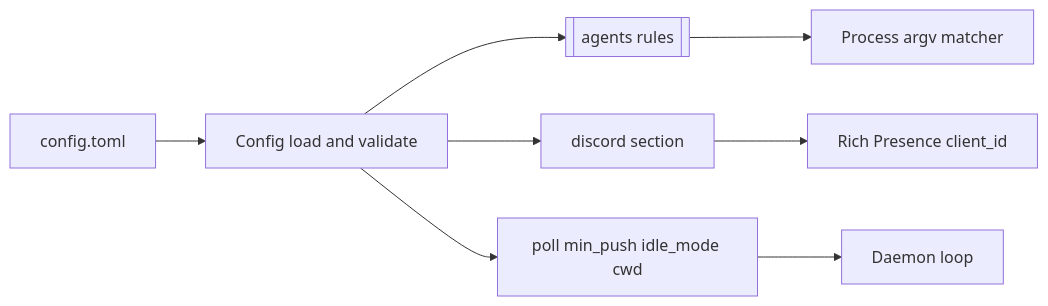
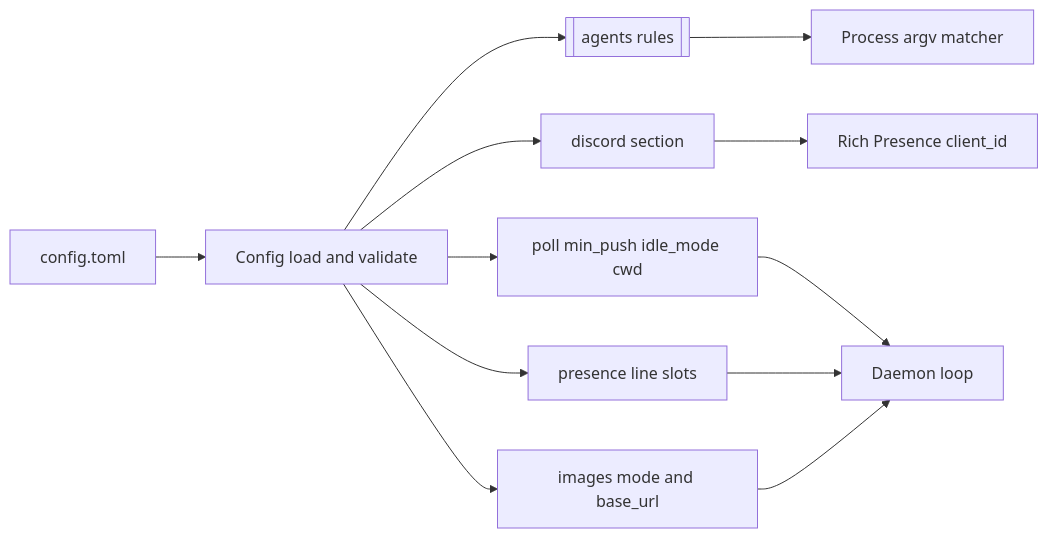
Before and after one commit to rabbive/devsignal: the third of 4 diagrams in README.md, drawn with Mermaid. The commit also changed other lines of this file and 57 other files, not shown here.

First line of the commit message:
feat(presence): configurable line order and art for every agent and host

````diff
--- a/README.md
+++ b/README.md
@@ -226,10 +278,14 @@
 ```mermaid
 flowchart LR
   toml[config.toml] --> load[Config load and validate]
   load --> agents[[agents rules]]
   load --> discordSec[discord section]
   load --> policy[poll min_push idle_mode cwd]
+  load --> lines[presence line slots]
+  load --> imgs[images mode and base_url]
   agents --> match[Process argv matcher]
   policy --> loop[Daemon loop]
+  lines --> loop
+  imgs --> loop
   discordSec --> ipc[Rich Presence client_id]
 ```
````
